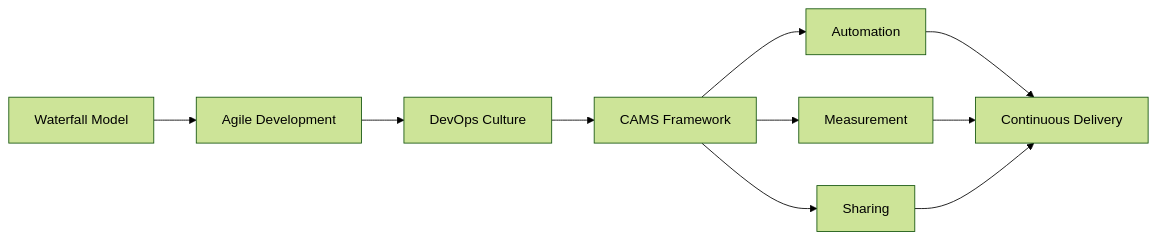
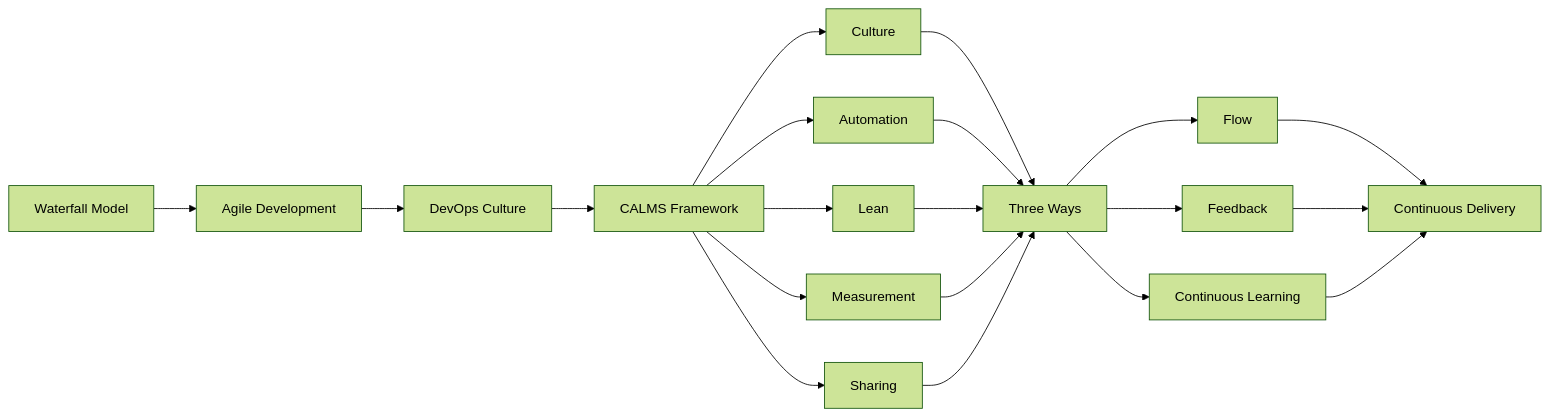
Before and after one commit to Raushan666java/ai-engineering-journey: the first of 3 diagrams in docs/courses/devops/01-introduction.md, drawn with Mermaid (forest theme). The commit also changed other lines of this file and 62 other files, not shown here.

````diff
--- a/docs/courses/devops/01-introduction.md
+++ b/docs/courses/devops/01-introduction.md
@@ -28,10 +31,16 @@
 ```mermaid
 flowchart LR
     A[Waterfall Model] --> B[Agile Development]
     B --> C[DevOps Culture]
-    C --> D[CAMS Framework]
-    D --> E[Automation]
-    D --> F[Measurement]
-    D --> G[Sharing]
-    E & F & G --> H[Continuous Delivery]
+    C --> D[CALMS Framework]
+    D --> E[Culture]
+    D --> F[Automation]
+    D --> G[Lean]
+    D --> H[Measurement]
+    D --> I[Sharing]
+    E & F & G & H & I --> J[Three Ways]
+    J --> K[Flow]
+    J --> L[Feedback]
+    J --> M[Continuous Learning]
+    K & L & M --> N[Continuous Delivery]
 ```
````
